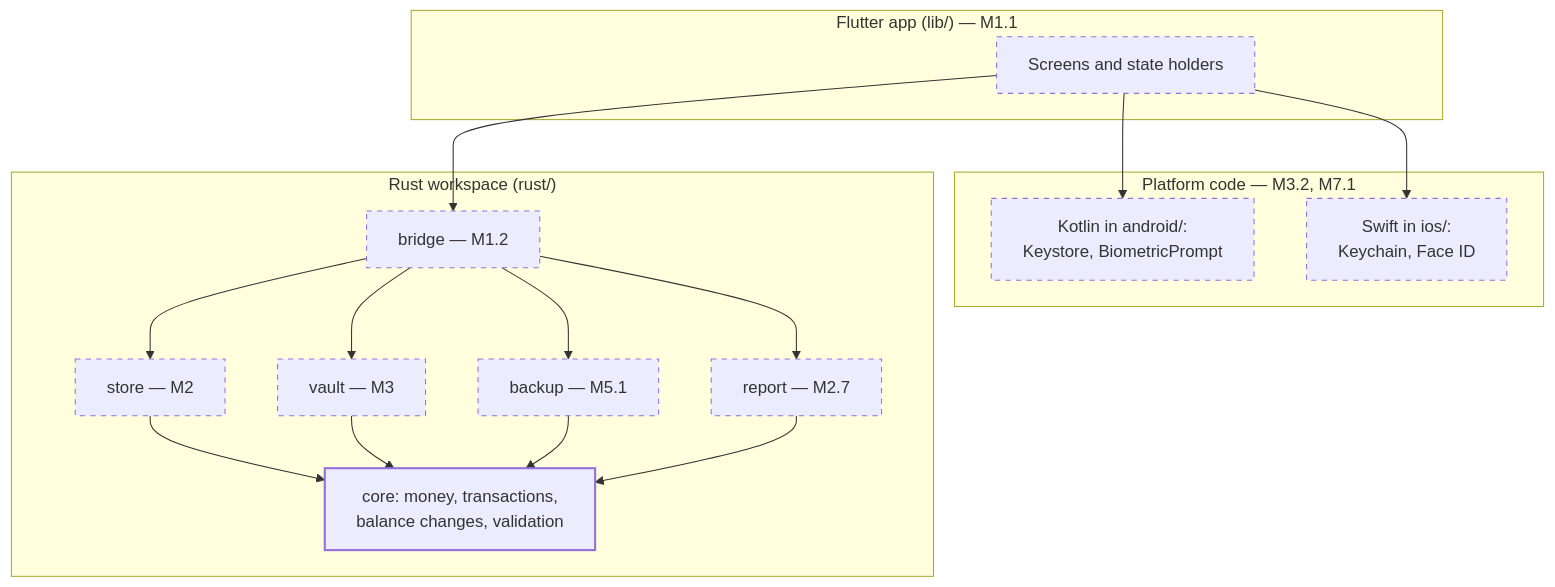
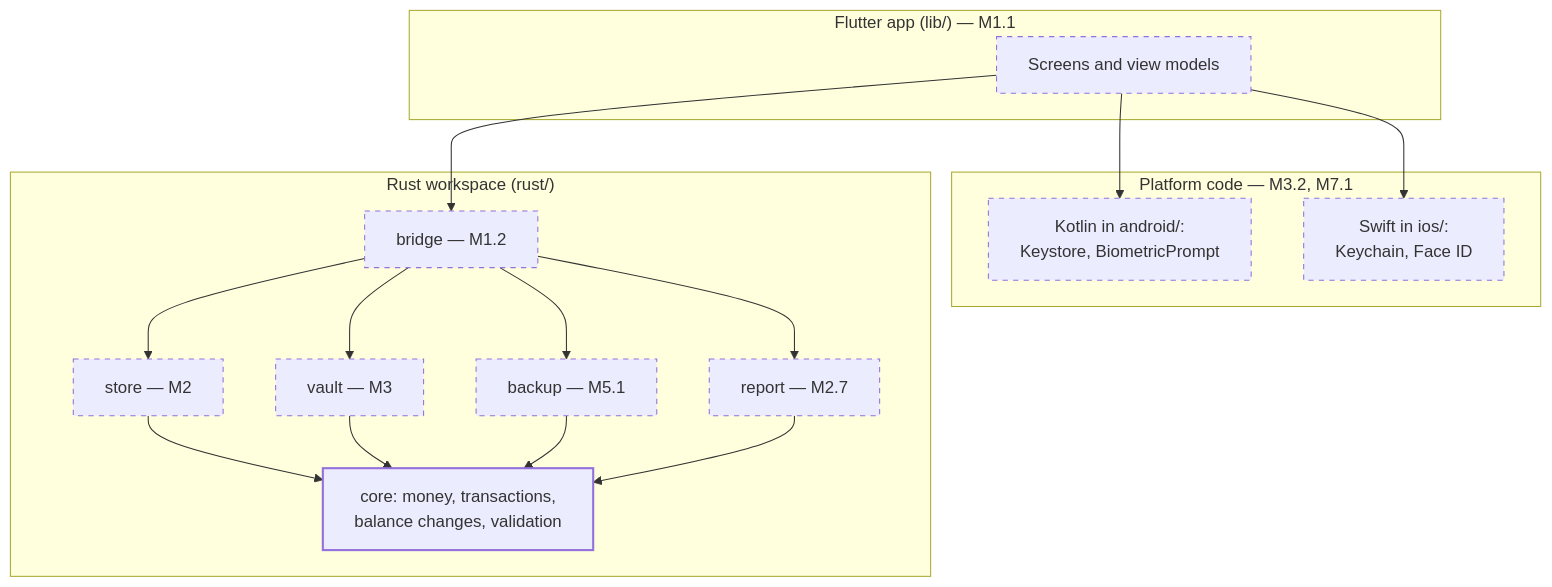
One commit to jabbott-iii/DenariiDolor changed the diagram in docs/01-architecture.md. Above: the diagram before and after it, drawn with Mermaid. The commit also changed other lines of this file and 9 other files, not shown here.

````diff
--- a/docs/01-architecture.md
+++ b/docs/01-architecture.md
@@ -30,34 +30,34 @@
 ```mermaid
 flowchart TB
     subgraph Dart["Flutter app (lib/) — M1.1"]
-        UI["Screens and state holders"]
+        UI["Screens and view models"]
     end
     subgraph Native["Platform code — M3.2, M7.1"]
         KT["Kotlin in android/:<br/>Keystore, BiometricPrompt"]
         SW["Swift in ios/:<br/>Keychain, Face ID"]
     end
     subgraph Rust["Rust workspace (rust/)"]
         BR["bridge — M1.2"]
         ST["store — M2"]
         VA["vault — M3"]
         BK["backup — M5.1"]
         RP["report — M2.7"]
         CO["core: money, transactions,<br/>balance changes, validation"]
     end
     UI --> BR
     UI --> KT
     UI --> SW
     BR --> ST
     BR --> VA
     BR --> BK
     BR --> RP
     ST --> CO
     VA --> CO
     BK --> CO
     RP --> CO
 
     classDef built stroke-width:2px
     classDef planned stroke-dasharray: 5 5
     class CO built
     class UI,KT,SW,BR,ST,VA,BK,RP planned
 ```
````
